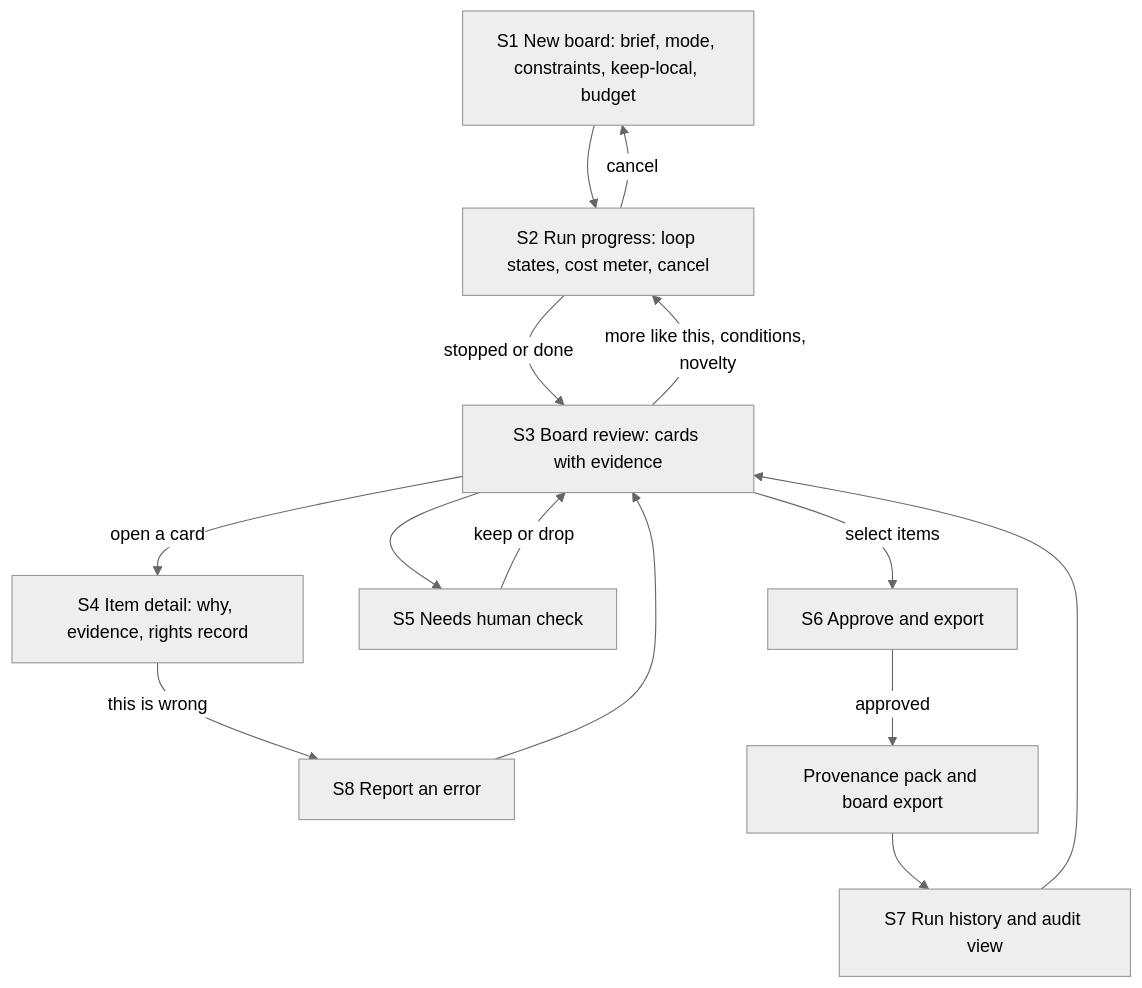
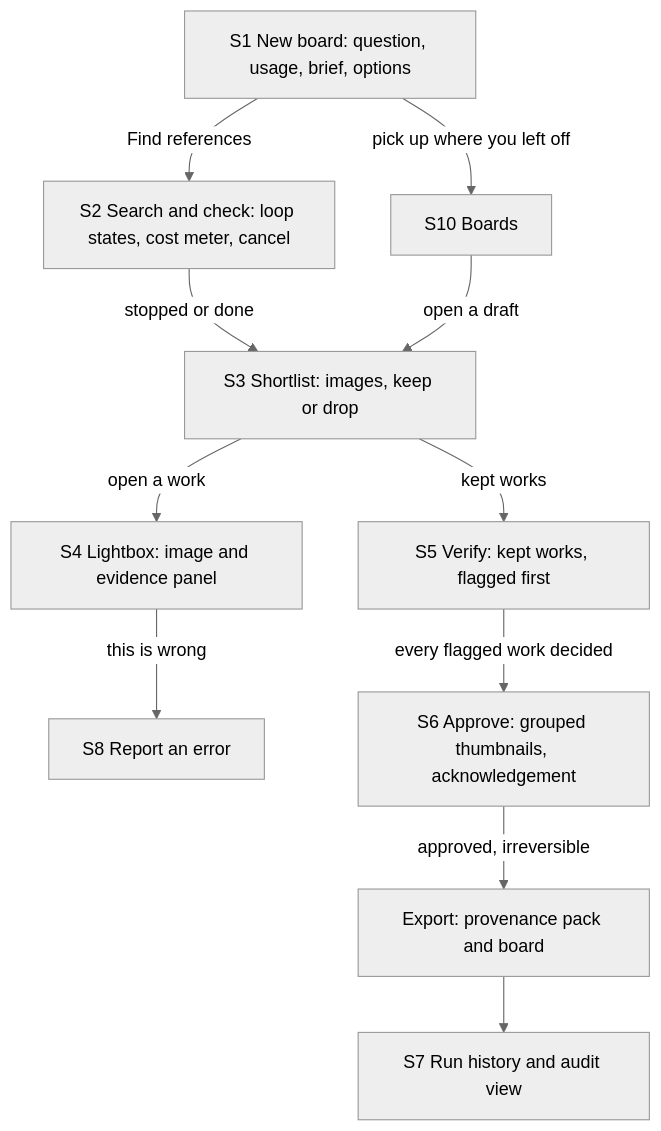
The first of 3 diagrams in docs/prd.md (sycrus/refdesk), drawn with Mermaid (neutral theme) before and after one commit. The commit also changed other lines of this file and 1 other file, not shown here.

First line of the commit message:
PRD 8A/8B: image-first UI, and the mock-up in design/mockups (closes #226)

````diff
--- a/docs/prd.md
+++ b/docs/prd.md
@@ -181,16 +189,13 @@
 ```mermaid
 flowchart TD
-  S1[S1 New board: brief, mode, constraints, keep-local, budget] --> S2[S2 Run progress: loop states, cost meter, cancel]
-  S2 -->|stopped or done| S3[S3 Board review: cards with evidence]
-  S2 -->|cancel| S1
-  S3 -->|more like this, conditions, novelty| S2
-  S3 -->|open a card| S4[S4 Item detail: why, evidence, rights record]
+  L[S1 New board: question, usage, brief, options] -->|Find references| S2[S2 Search and check: loop states, cost meter, cancel]
+  L -->|pick up where you left off| B[S10 Boards]
+  S2 -->|stopped or done| S3[S3 Shortlist: images, keep or drop]
+  S3 -->|open a work| S4[S4 Lightbox: image and evidence panel]
   S4 -->|this is wrong| S8[S8 Report an error]
-  S8 --> S3
-  S3 --> S5[S5 Needs human check]
-  S5 -->|keep or drop| S3
-  S3 -->|select items| S6[S6 Approve and export]
-  S6 -->|approved| X[Provenance pack and board export]
+  S3 -->|kept works| S5[S5 Verify: kept works, flagged first]
+  S5 -->|every flagged work decided| S6[S6 Approve: grouped thumbnails, acknowledgement]
+  S6 -->|approved, irreversible| X[Export: provenance pack and board]
   X --> S7[S7 Run history and audit view]
-  S7 --> S3
+  B -->|open a draft| S3
 ```
````
